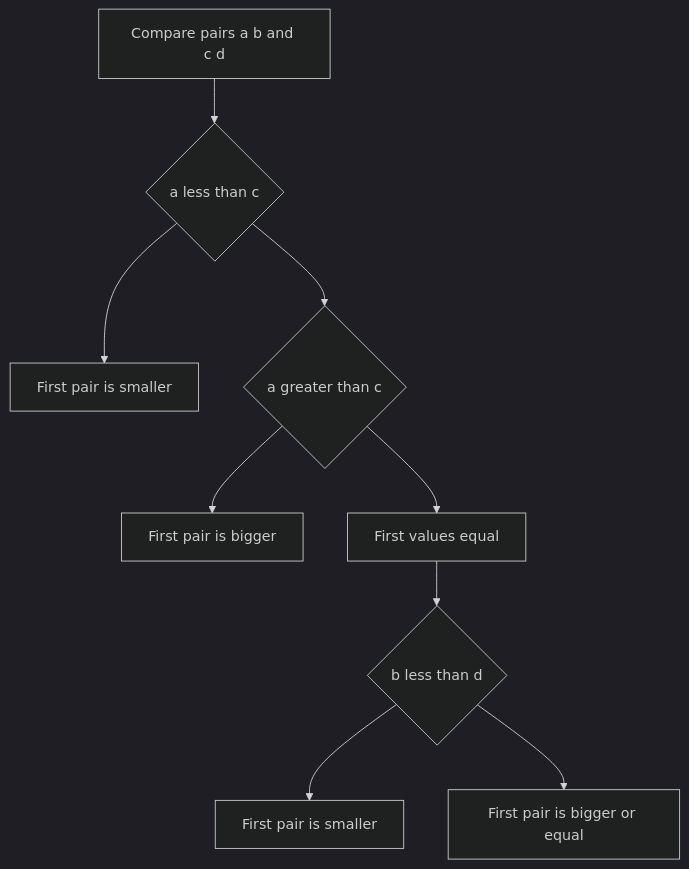
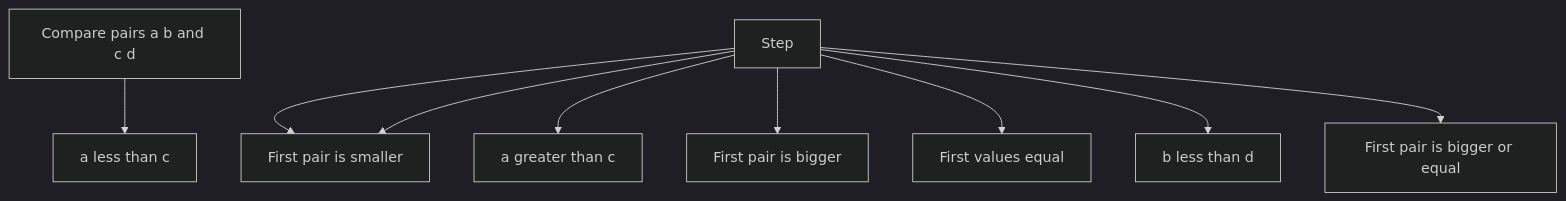
Before and after one commit to mthaiseer/springcloud-systemdesign-notes: the third of 35 diagrams in CP_DSA_NOTES/001_TOPIC_WISE/001_STL_RANGE_QUERY_SWEEPLINE.md, drawn with Mermaid (dark theme). The commit also changed other lines of this file and 1 other file, not shown here.

````diff
--- a/CP_DSA_NOTES/001_TOPIC_WISE/001_STL_RANGE_QUERY_SWEEPLINE.md
+++ b/CP_DSA_NOTES/001_TOPIC_WISE/001_STL_RANGE_QUERY_SWEEPLINE.md
@@ -187,11 +187,11 @@
 ```mermaid
 flowchart TD
-    A["Compare pairs a b and c d"] --> B{"a less than c"}
-    B --> C["First pair is smaller"]
-    B --> D{"a greater than c"}
-    D --> E["First pair is bigger"]
-    D --> F["First values equal"]
-    F --> G{"b less than d"}
-    G --> H["First pair is smaller"]
-    G --> I["First pair is bigger or equal"]
+    N1["Compare pairs a b and c d"] --> N2["a less than c"]
+    N3["Step"] --> N4["First pair is smaller"]
+    N3["Step"] --> N5["a greater than c"]
+    N3["Step"] --> N6["First pair is bigger"]
+    N3["Step"] --> N7["First values equal"]
+    N3["Step"] --> N8["b less than d"]
+    N3["Step"] --> N4["First pair is smaller"]
+    N3["Step"] --> N9["First pair is bigger or equal"]
 ```
````
